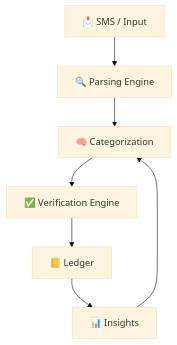
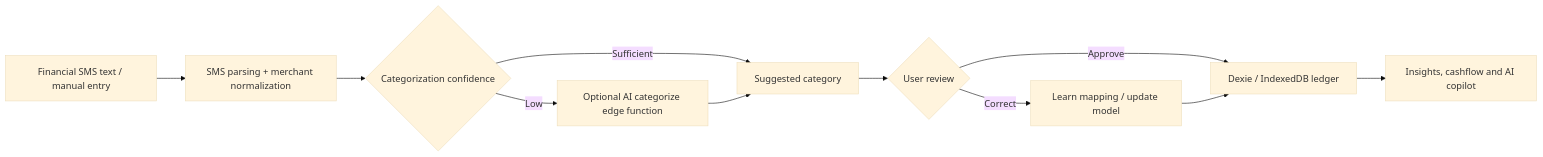
The diagram in README.md (Vedanto28/khaata-Kitab-), drawn with Mermaid (base theme) before and after one commit. The commit also changed other lines of this file and 10 other files, not shown here.

````diff
--- a/README.md
+++ b/README.md
@@ -142,9 +112,13 @@
-```mermaid id="flow-smart"
-flowchart TD
-A[📩 SMS / Input] --> B[🔍 Parsing Engine]
-B --> C[🧠 Categorization]
-C --> D[✅ Verification Engine]
-D --> E[📒 Ledger]
-E --> F[📊 Insights]
-F --> C
+```mermaid
+flowchart LR
+  A["Financial SMS text / manual entry"] --> B["SMS parsing + merchant normalization"]
+  B --> C{"Categorization confidence"}
+  C -->|Sufficient| D["Suggested category"]
+  C -->|Low| E["Optional AI categorize edge function"]
+  E --> D
+  D --> F{"User review"}
+  F -->|Approve| G["Dexie / IndexedDB ledger"]
+  F -->|Correct| H["Learn mapping / update model"]
+  H --> G
+  G --> I["Insights, cashflow and AI copilot"]
 ```
````
